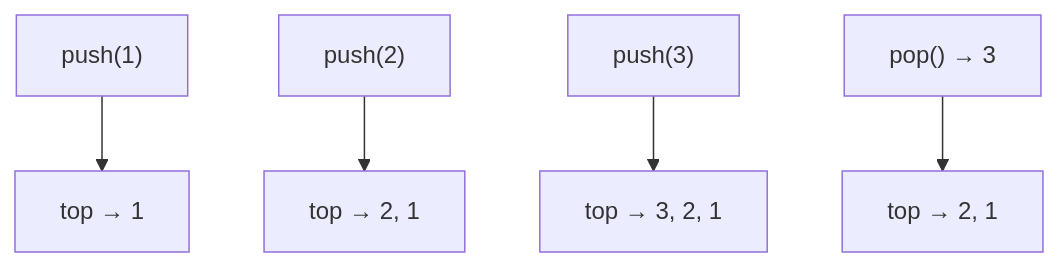
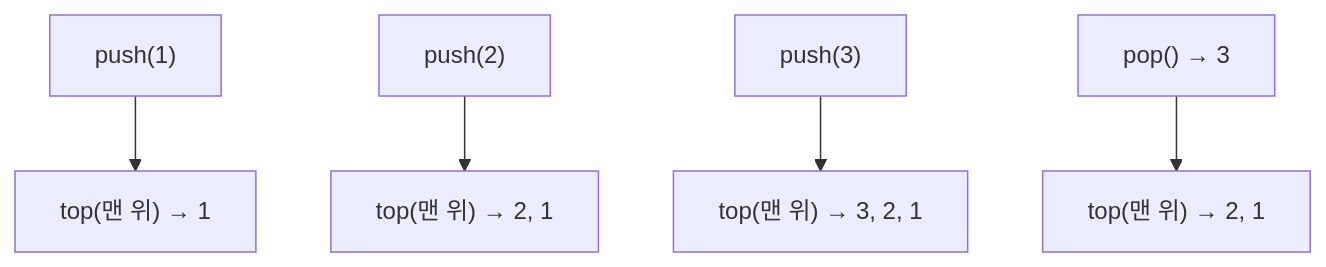
The seventh of 43 diagrams in _posts/cs-note/2026-02-27-data-structure.md (mandoobox/mandoobox.github.io), drawn with Mermaid before and after one commit. The commit also changed other lines of this file and 18 other files, not shown here.

````diff
--- a/_posts/cs-note/2026-02-27-data-structure.md
+++ b/_posts/cs-note/2026-02-27-data-structure.md
@@ -179,7 +179,7 @@
 ```mermaid
 flowchart TD
-  P1["push(1)"] --> S1["top → 1"]
-  P2["push(2)"] --> S2["top → 2, 1"]
-  P3["push(3)"] --> S3["top → 3, 2, 1"]
-  POP["pop() → 3"] --> S4["top → 2, 1"]
+  P1["push(1)"] --> S1["top(맨 위) → 1"]
+  P2["push(2)"] --> S2["top(맨 위) → 2, 1"]
+  P3["push(3)"] --> S3["top(맨 위) → 3, 2, 1"]
+  POP["pop() → 3"] --> S4["top(맨 위) → 2, 1"]
 ```
````
